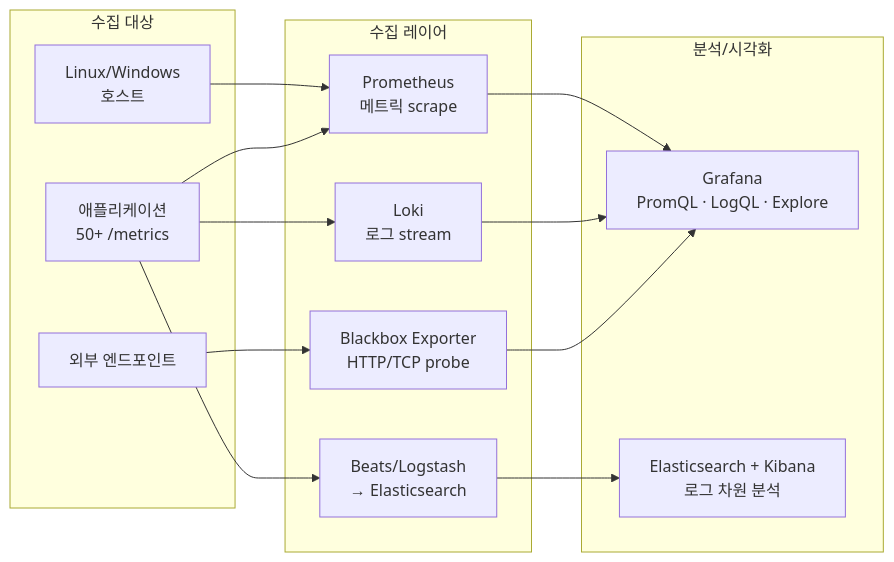
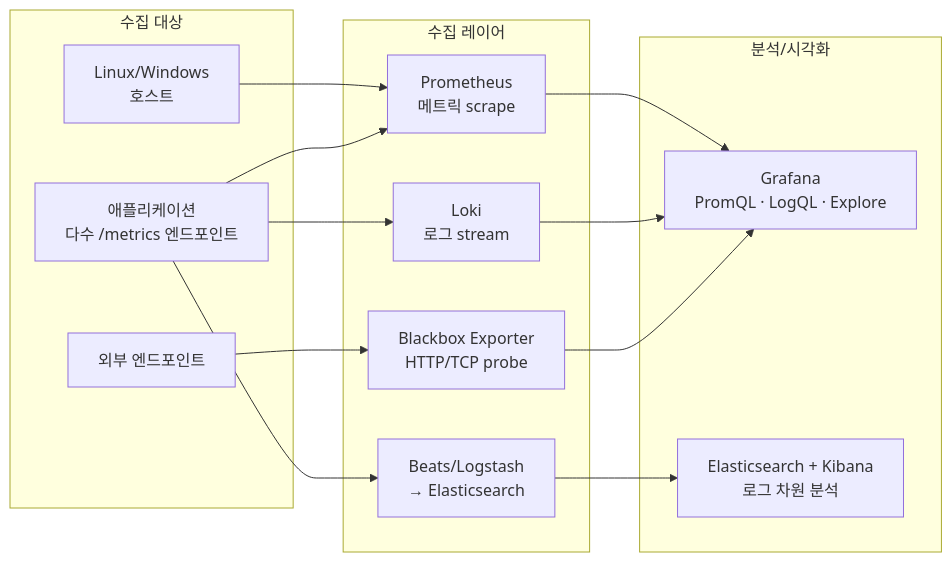
Before and after one commit to jclee941/resume: the diagram in packages/data/resumes/wishket/observability-portfolio.md, drawn with Mermaid. The commit also changed other lines of this file and 20 other files, not shown here.

````diff
--- a/packages/data/resumes/wishket/observability-portfolio.md
+++ b/packages/data/resumes/wishket/observability-portfolio.md
@@ -103,27 +103,27 @@
 ```mermaid
 flowchart LR
   subgraph Sources[수집 대상]
     Hosts[Linux/Windows<br/>호스트]
-    Apps[애플리케이션<br/>50+ /metrics]
+    Apps[애플리케이션<br/>다수 /metrics 엔드포인트]
     Endpoints[외부 엔드포인트]
   end
   subgraph Collect[수집 레이어]
     Prom[Prometheus<br/>메트릭 scrape]
     Loki[Loki<br/>로그 stream]
     BB[Blackbox Exporter<br/>HTTP/TCP probe]
     Beats[Beats/Logstash<br/>→ Elasticsearch]
   end
   Hosts --> Prom
   Apps --> Prom
   Apps --> Loki
   Endpoints --> BB
   Apps --> Beats
   subgraph Visualize[분석/시각화]
     Graf[Grafana<br/>PromQL · LogQL · Explore]
     Kib[Elasticsearch + Kibana<br/>로그 차원 분석]
   end
   Prom --> Graf
   Loki --> Graf
   BB --> Graf
   Beats --> Kib
 ```
````
